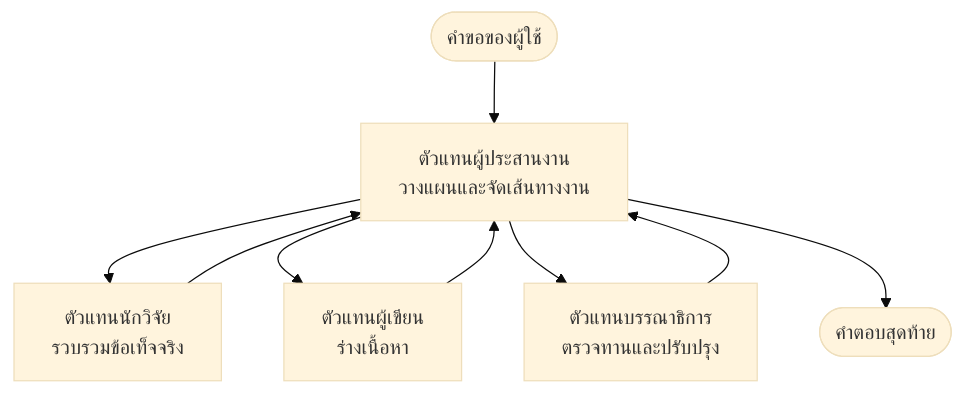
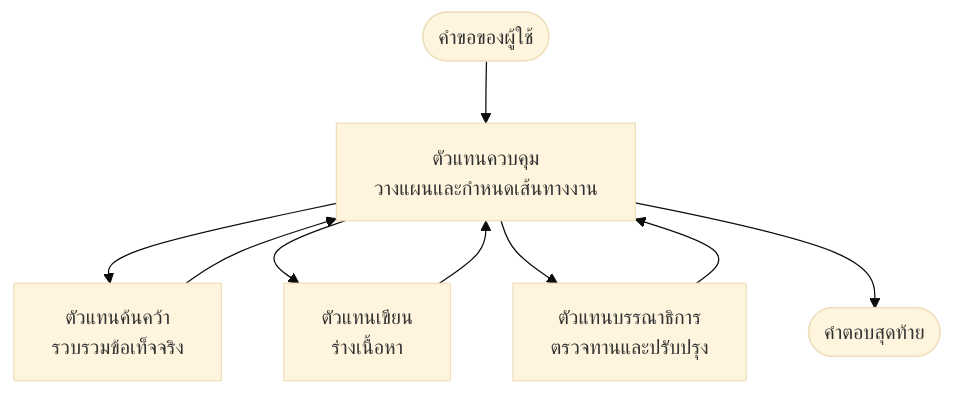
One commit to microsoft/AZD-for-beginners changed the diagram in translations/th/docs/chapter-05-multi-agent/multi-agent-basics.md. Above: the diagram before and after it, drawn with Mermaid (base theme). The commit also changed other lines of this file and 59 other files, not shown here.

````diff
--- a/translations/th/docs/chapter-05-multi-agent/multi-agent-basics.md
+++ b/translations/th/docs/chapter-05-multi-agent/multi-agent-basics.md
@@ -43,11 +43,11 @@
 ```mermaid
 graph TD
-    User([คำขอของผู้ใช้]) --> Orchestrator[ตัวแทนผู้ประสานงาน<br/>วางแผนและจัดเส้นทางงาน]
-    Orchestrator --> Researcher[ตัวแทนนักวิจัย<br/>รวบรวมข้อเท็จจริง]
-    Orchestrator --> Writer[ตัวแทนผู้เขียน<br/>ร่างเนื้อหา]
+    User([คำขอของผู้ใช้]) --> Orchestrator[ตัวแทนควบคุม<br/>วางแผนและกำหนดเส้นทางงาน]
+    Orchestrator --> Researcher[ตัวแทนค้นคว้า<br/>รวบรวมข้อเท็จจริง]
+    Orchestrator --> Writer[ตัวแทนเขียน<br/>ร่างเนื้อหา]
     Orchestrator --> Editor[ตัวแทนบรรณาธิการ<br/>ตรวจทานและปรับปรุง]
     Researcher --> Orchestrator
     Writer --> Orchestrator
     Editor --> Orchestrator
     Orchestrator --> Result([คำตอบสุดท้าย])
 ```
````
